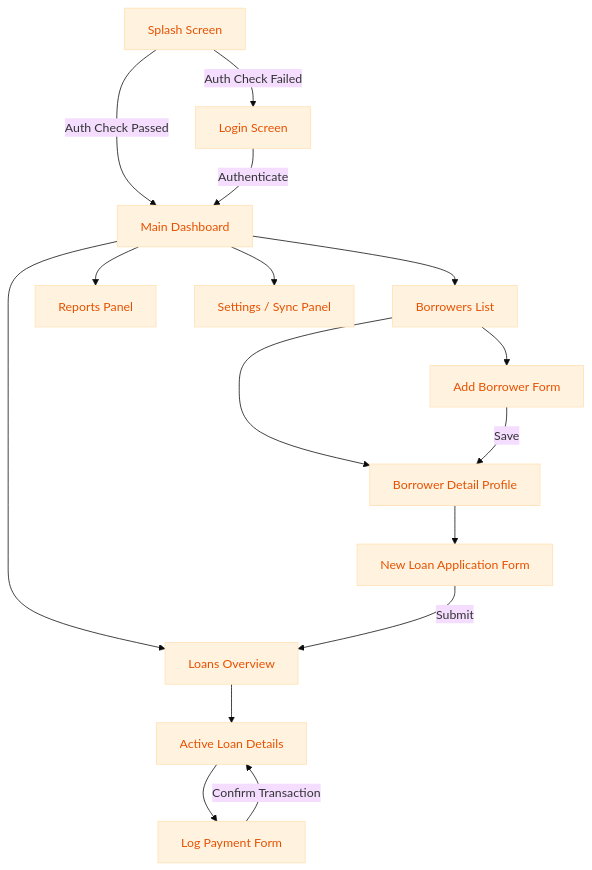
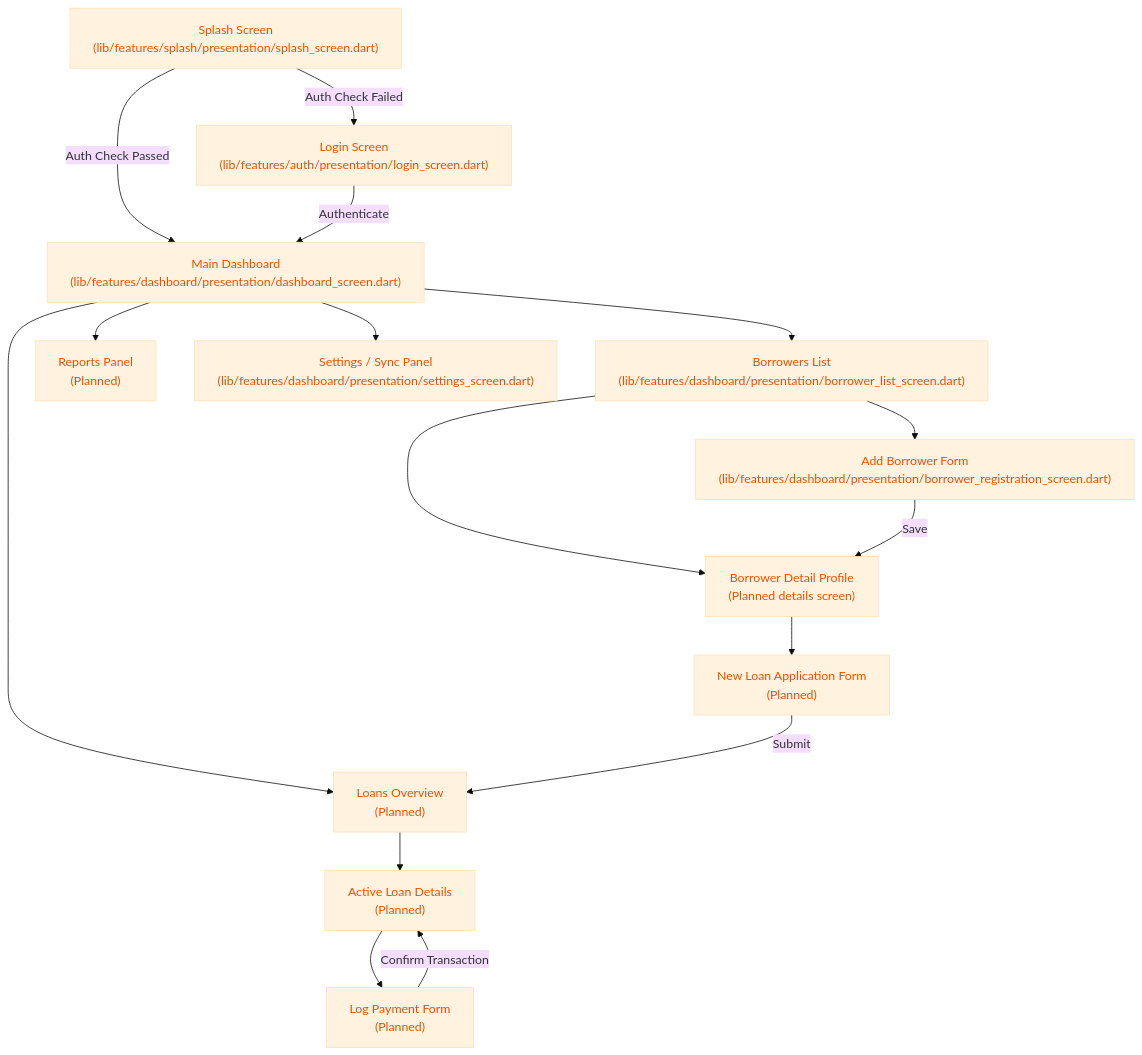
The diagram in docs/diagrams/APPLICATION_FLOW.md (nelson1869-ai/business-loan), drawn with Mermaid (base theme) before and after one commit. The commit also changed other lines of this file and 3 other files, not shown here.

Commit message:
docs: fix markdown formatting, linting, and mermaid flows

````diff
--- a/docs/diagrams/APPLICATION_FLOW.md
+++ b/docs/diagrams/APPLICATION_FLOW.md
@@ -5,38 +5,38 @@
 ```mermaid
 flowchart TD
     classDef screen fill:#FFF3E0,stroke:#FFE0B2,color:#E65100;
     classDef action fill:#E0F7FA,stroke:#B2EBF2,color:#006064;
 
-    SPLASH[Splash Screen]:::screen
-    LOGIN[Login Screen]:::screen
-    DASH[Main Dashboard]:::screen
-    BORR[Borrowers List]:::screen
-    B_DETAIL[Borrower Detail Profile]:::screen
-    B_ADD[Add Borrower Form]:::screen
-    L_APP[New Loan Application Form]:::screen
-    LOANS[Loans Overview]:::screen
-    L_DETAIL[Active Loan Details]:::screen
-    PAY[Log Payment Form]:::screen
-    REP[Reports Panel]:::screen
-    SET[Settings / Sync Panel]:::screen
+    SPLASH["Splash Screen\n(lib/features/splash/presentation/splash_screen.dart)"]:::screen
+    LOGIN["Login Screen\n(lib/features/auth/presentation/login_screen.dart)"]:::screen
+    DASH["Main Dashboard\n(lib/features/dashboard/presentation/dashboard_screen.dart)"]:::screen
+    BORR["Borrowers List\n(lib/features/dashboard/presentation/borrower_list_screen.dart)"]:::screen
+    B_DETAIL["Borrower Detail Profile\n(Planned details screen)"]:::screen
+    B_ADD["Add Borrower Form\n(lib/features/dashboard/presentation/borrower_registration_screen.dart)"]:::screen
+    L_APP["New Loan Application Form\n(Planned)"]:::screen
+    LOANS["Loans Overview\n(Planned)"]:::screen
+    L_DETAIL["Active Loan Details\n(Planned)"]:::screen
+    PAY["Log Payment Form\n(Planned)"]:::screen
+    REP["Reports Panel\n(Planned)"]:::screen
+    SET["Settings / Sync Panel\n(lib/features/dashboard/presentation/settings_screen.dart)"]:::screen
 
     SPLASH -->|Auth Check Failed| LOGIN
     SPLASH -->|Auth Check Passed| DASH
     LOGIN -->|Authenticate| DASH
     
     DASH --> BORR
     DASH --> LOANS
     DASH --> REP
     DASH --> SET
     
     BORR --> B_DETAIL
     BORR --> B_ADD
     B_ADD -->|Save| B_DETAIL
     
     B_DETAIL --> L_APP
     L_APP -->|Submit| LOANS
     
     LOANS --> L_DETAIL
     L_DETAIL --> PAY
     PAY -->|Confirm Transaction| L_DETAIL
 ```
````
